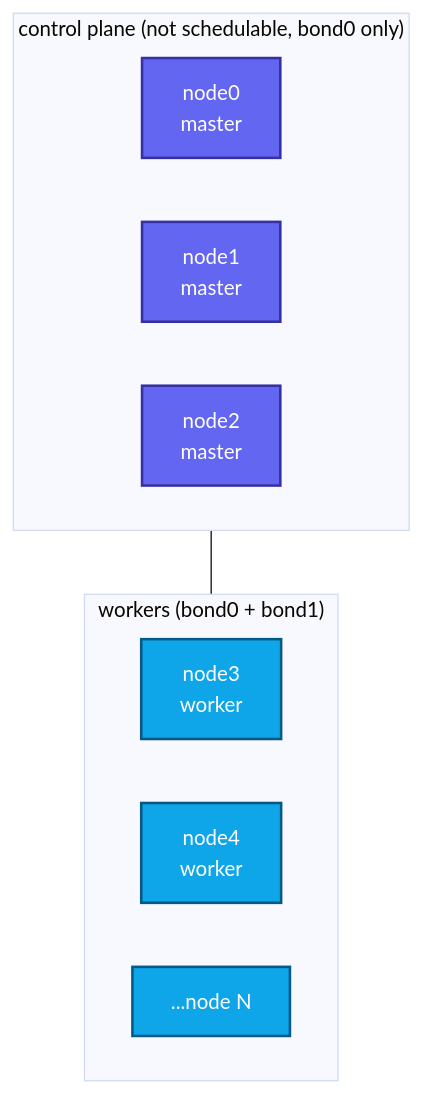
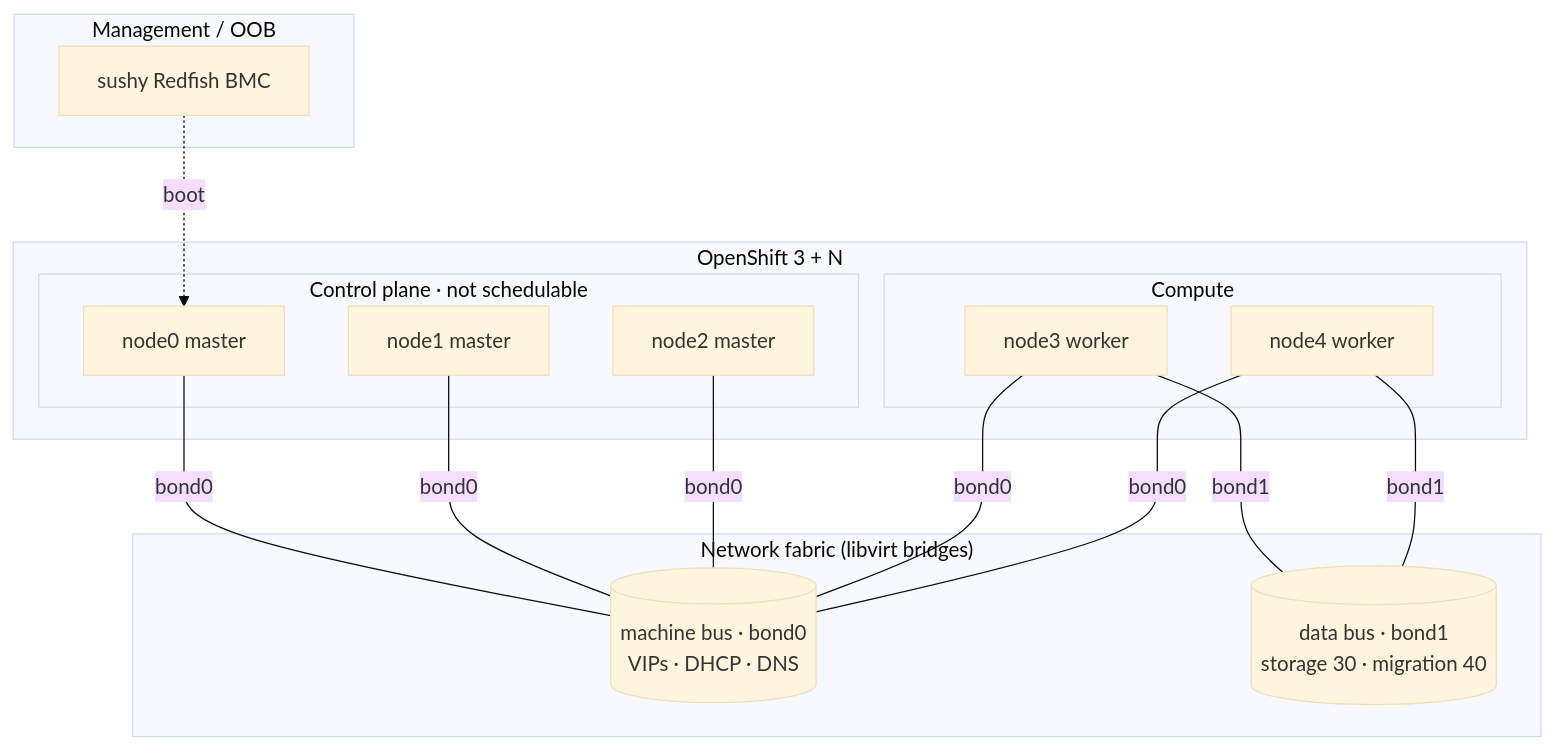
One commit to maci0/vmetal-openshift changed the eighth of 10 diagrams in docs/architecture.md. Above: the diagram before and after it, drawn with Mermaid (base theme). The commit also changed other lines of this file and 1 other file, not shown here.

First line of the commit message:
docs: redo topology diagrams as clean layered reference architectures

````diff
--- a/docs/architecture.md
+++ b/docs/architecture.md
@@ -275,16 +287,29 @@
 ```mermaid
 flowchart TB
-  subgraph cp["control plane (not schedulable, bond0 only)"]
-    direction LR
-    m0["node0<br/>master"]; m1["node1<br/>master"]; m2["node2<br/>master"]
+  subgraph mgmt["Management / OOB"]
+    sushy["sushy Redfish BMC"]
   end
-  subgraph wk["workers (bond0 + bond1)"]
-    direction LR
-    w0["node3<br/>worker"]; w1["node4<br/>worker"]; wd["...node N"]
+  subgraph cluster["OpenShift 3 + N"]
+    subgraph cpl["Control plane · not schedulable"]
+      m0["node0 master"]
+      m1["node1 master"]
+      m2["node2 master"]
+    end
+    subgraph cmp["Compute"]
+      w0["node3 worker"]
+      w1["node4 worker"]
+    end
   end
-  cp --- wk
-  classDef m fill:#6366f1,stroke:#3730a3,color:#fff,stroke-width:2px;
-  classDef w fill:#0ea5e9,stroke:#075985,color:#fff,stroke-width:2px;
-  class m0,m1,m2 m;
-  class w0,w1,wd w;
+  subgraph fabric["Network fabric (libvirt bridges)"]
+    mach[("machine bus · bond0<br/>VIPs · DHCP · DNS")]
+    data[("data bus · bond1<br/>storage 30 · migration 40")]
+  end
+  sushy -. boot .-> m0
+  m0 -- bond0 --- mach
+  m1 -- bond0 --- mach
+  m2 -- bond0 --- mach
+  w0 -- bond0 --- mach
+  w1 -- bond0 --- mach
+  w0 -- bond1 --- data
+  w1 -- bond1 --- data
 ```
````
